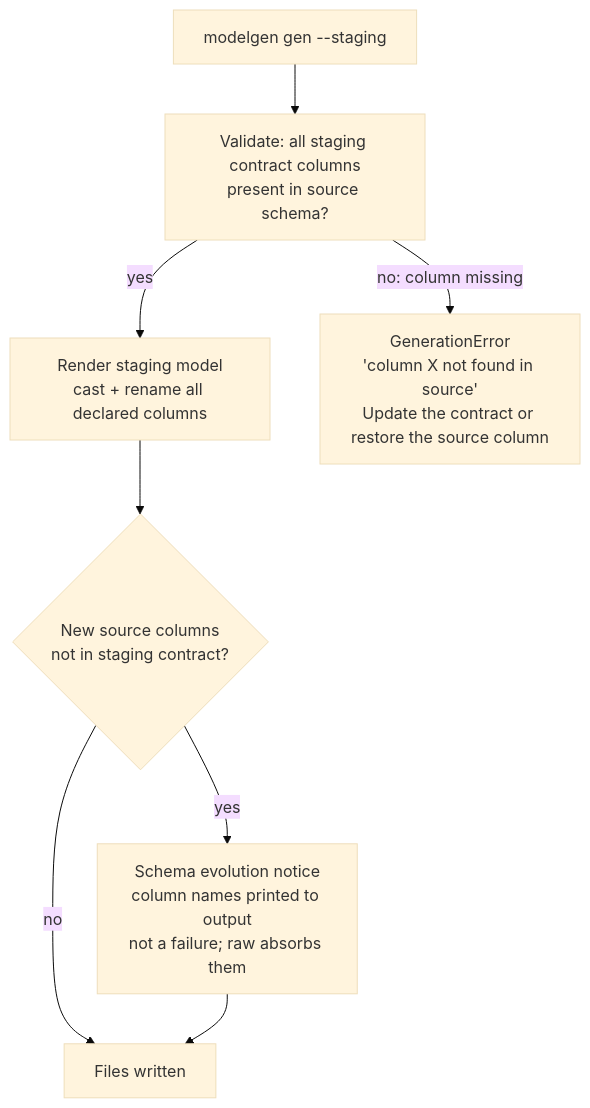
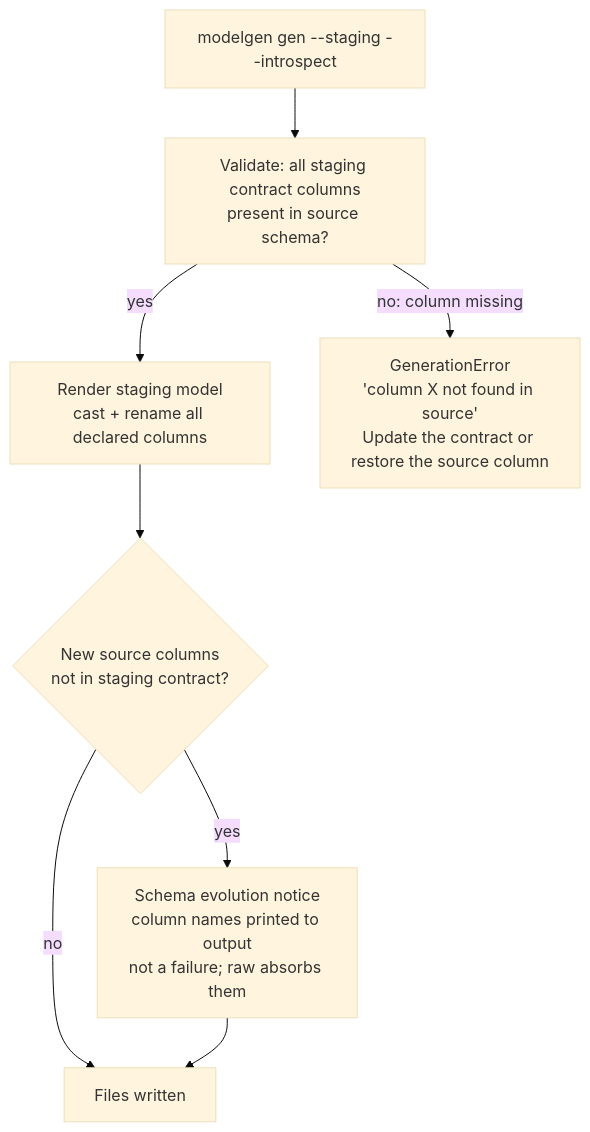
The third of 3 diagrams in docs/architecture.md (wraith-proxy/wraith-modelgen), drawn with Mermaid (base theme) before and after one commit. The commit also changed other lines of this file and 3 other files, not shown here.

````diff
--- a/docs/architecture.md
+++ b/docs/architecture.md
@@ -66,10 +66,10 @@
 ```mermaid
 flowchart TD
-    GEN["modelgen gen --staging"] --> VAL["Validate: all staging contract columns\npresent in source schema?"]
+    GEN["modelgen gen --staging --introspect"] --> VAL["Validate: all staging contract columns\npresent in source schema?"]
     VAL -->|"yes"| RENDER["Render staging model\ncast + rename all declared columns"]
     VAL -->|"no: column missing"| FAIL["GenerationError\n'column X not found in source'\nUpdate the contract or restore the source column"]
     RENDER --> NOTIFY{"New source columns\nnot in staging contract?"}
     NOTIFY -->|"yes"| WARN["Schema evolution notice\ncolumn names printed to output\nnot a failure; raw absorbs them"]
     NOTIFY -->|"no"| DONE["Files written"]
     WARN --> DONE
 ```
````
